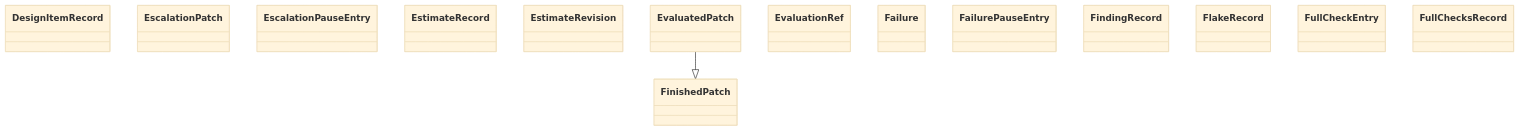
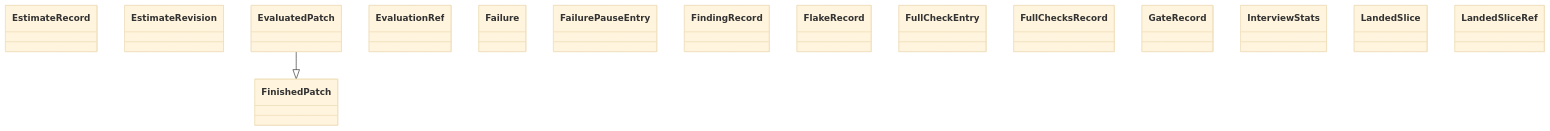
One commit to GonzaloZevallos/agentic-system changed the diagram in docs/architecture/generated/classes-process-domain-state-4.md. Above: the diagram before and after it, drawn with Mermaid (base theme). The commit also changed other lines of this file and 22 other files, not shown here.

````diff
--- a/docs/architecture/generated/classes-process-domain-state-4.md
+++ b/docs/architecture/generated/classes-process-domain-state-4.md
@@ -25,18 +25,19 @@
 ```mermaid
 classDiagram
-    class task__DesignItemRecord["DesignItemRecord"]
-    class task__EscalationPatch["EscalationPatch"]
-    class task__EscalationPauseEntry["EscalationPauseEntry"]
     class task__EstimateRecord["EstimateRecord"]
     class task__EstimateRevision["EstimateRevision"]
     class task__EvaluatedPatch["EvaluatedPatch"]
     class task__EvaluationRef["EvaluationRef"]
     class task__Failure["Failure"]
     class task__FailurePauseEntry["FailurePauseEntry"]
     class task__FindingRecord["FindingRecord"]
     class task__FinishedPatch["FinishedPatch"]
     class task__FlakeRecord["FlakeRecord"]
     class task__FullCheckEntry["FullCheckEntry"]
     class task__FullChecksRecord["FullChecksRecord"]
+    class task__GateRecord["GateRecord"]
+    class task__InterviewStats["InterviewStats"]
+    class task__LandedSlice["LandedSlice"]
+    class task__LandedSliceRef["LandedSliceRef"]
     task__EvaluatedPatch --|> task__FinishedPatch
 ```
````
